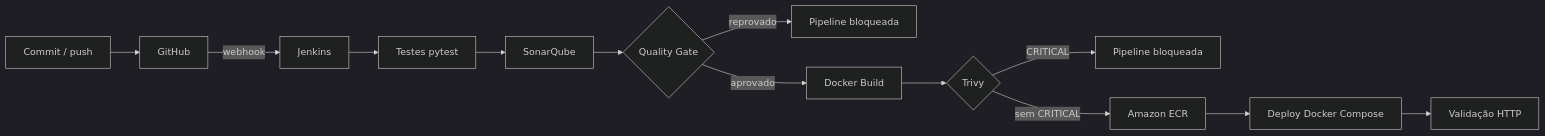
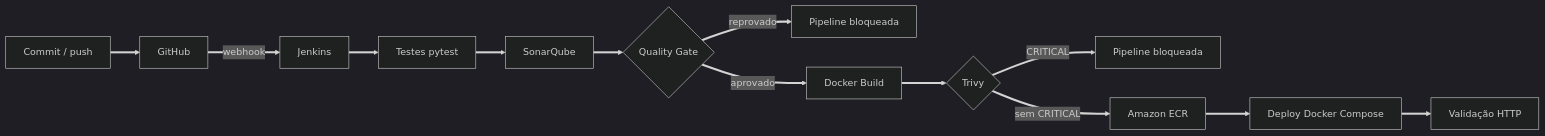
One commit to andhuangg/gs-civiclens-devsecops changed the diagram in README.md. Above: the diagram before and after it, drawn with Mermaid (dark theme). The commit also changed other lines of this file, not shown here.

````diff
--- a/README.md
+++ b/README.md
@@ -27,15 +27,15 @@
 ```mermaid
 flowchart LR
-    DEV[Commit / push] --> GH[GitHub]
-    GH -- webhook --> J[Jenkins]
-    J --> T[Testes pytest]
-    T --> S[SonarQube]
-    S --> QG{Quality Gate}
-    QG -- reprovado --> X1[Pipeline bloqueada]
-    QG -- aprovado --> B[Docker Build]
-    B --> TV{Trivy}
-    TV -- CRITICAL --> X2[Pipeline bloqueada]
-    TV -- sem CRITICAL --> R[Amazon ECR]
-    R --> D[Deploy Docker Compose]
-    D --> V[Validação HTTP]
+    DEV[Commit / push] ==> GH[GitHub]
+    GH ==>|webhook| J[Jenkins]
+    J ==> T[Testes pytest]
+    T ==> S[SonarQube]
+    S ==> QG{Quality Gate}
+    QG ==>|reprovado| X1[Pipeline bloqueada]
+    QG ==>|aprovado| B[Docker Build]
+    B ==> TV{Trivy}
+    TV ==>|CRITICAL| X2[Pipeline bloqueada]
+    TV ==>|sem CRITICAL| R[Amazon ECR]
+    R ==> D[Deploy Docker Compose]
+    D ==> V[Validação HTTP]
 ```
````
